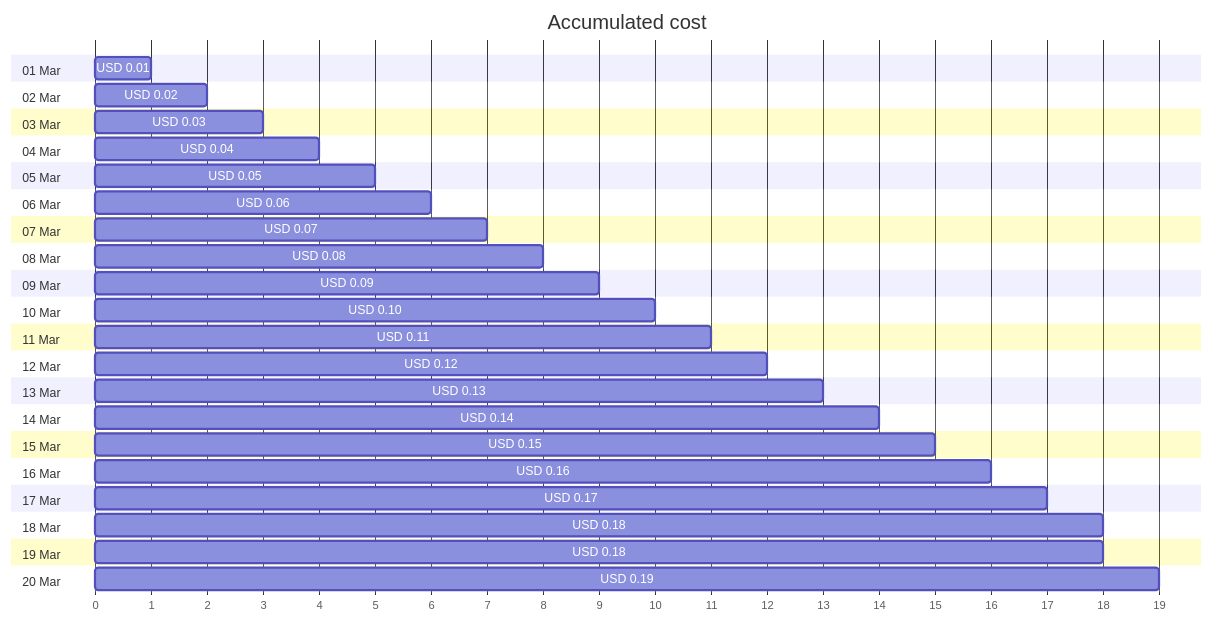
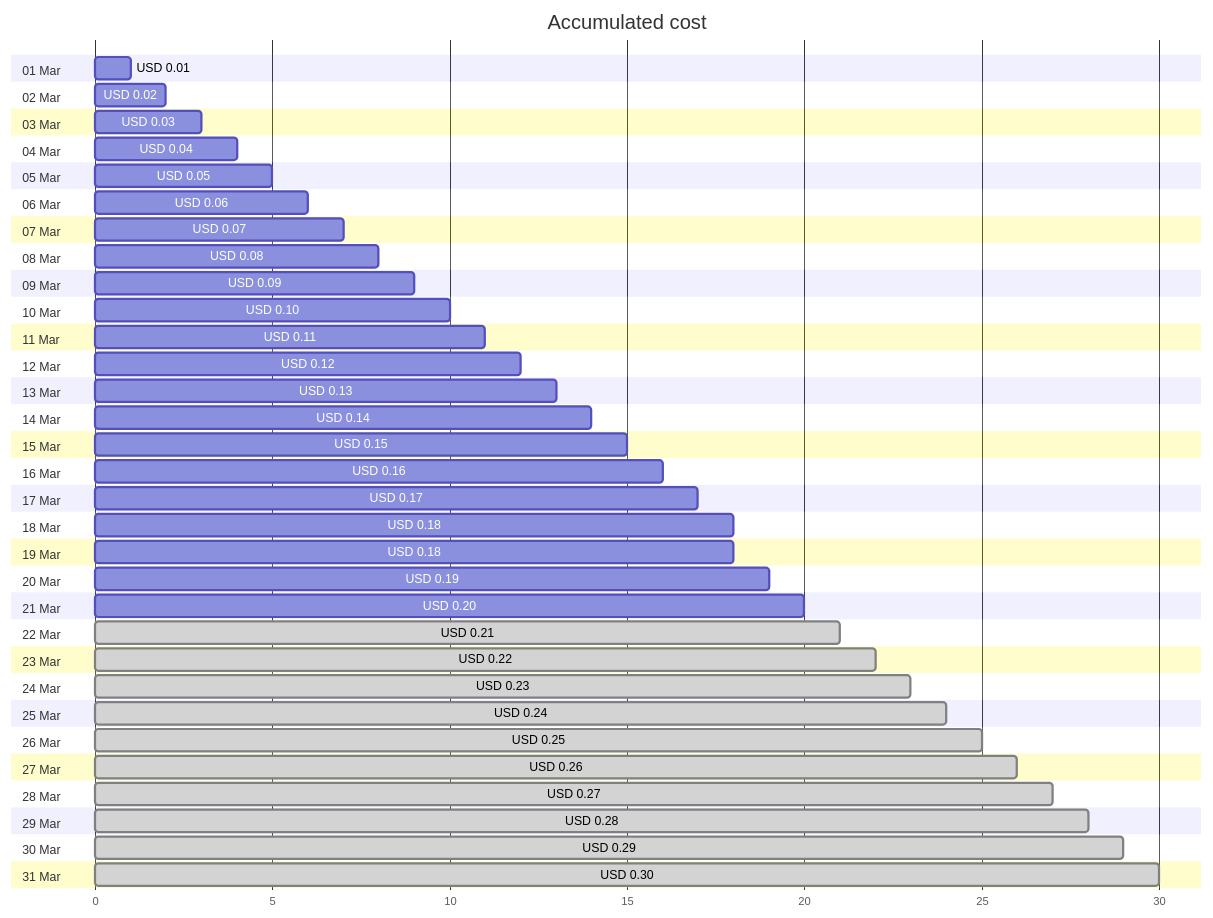
The first of 4 diagrams in cost-reports/cloud-shell-storage-eastus/README.md (jpfulton/azure-personal-reports), drawn with Mermaid before and after one commit. The commit also changed other lines of this file and 1 other file, not shown here.

Commit message:
Generated reports [skip ci]

````diff
--- a/cost-reports/cloud-shell-storage-eastus/README.md
+++ b/cost-reports/cloud-shell-storage-eastus/README.md
@@ -20,46 +20,68 @@
 ```mermaid
 gantt
    title Accumulated cost
    dateFormat  X
    axisFormat %s
    section 01 Mar
    USD 0.01 :0, 1
    section 02 Mar
    USD 0.02 :0, 2
    section 03 Mar
    USD 0.03 :0, 3
    section 04 Mar
    USD 0.04 :0, 4
    section 05 Mar
    USD 0.05 :0, 5
    section 06 Mar
    USD 0.06 :0, 6
    section 07 Mar
    USD 0.07 :0, 7
    section 08 Mar
    USD 0.08 :0, 8
    section 09 Mar
    USD 0.09 :0, 9
    section 10 Mar
    USD 0.10 :0, 10
    section 11 Mar
    USD 0.11 :0, 11
    section 12 Mar
    USD 0.12 :0, 12
    section 13 Mar
    USD 0.13 :0, 13
    section 14 Mar
    USD 0.14 :0, 14
    section 15 Mar
    USD 0.15 :0, 15
    section 16 Mar
    USD 0.16 :0, 16
    section 17 Mar
    USD 0.17 :0, 17
    section 18 Mar
    USD 0.18 :0, 18
    section 19 Mar
    USD 0.18 :0, 18
    section 20 Mar
    USD 0.19 :0, 19
+   section 21 Mar
+   USD 0.20 :0, 20
+   section 22 Mar
+   USD 0.21 : done, 0, 21
+   section 23 Mar
+   USD 0.22 : done, 0, 22
+   section 24 Mar
+   USD 0.23 : done, 0, 23
+   section 25 Mar
+   USD 0.24 : done, 0, 24
+   section 26 Mar
+   USD 0.25 : done, 0, 25
+   section 27 Mar
+   USD 0.26 : done, 0, 26
+   section 28 Mar
+   USD 0.27 : done, 0, 27
+   section 29 Mar
+   USD 0.28 : done, 0, 28
+   section 30 Mar
+   USD 0.29 : done, 0, 29
+   section 31 Mar
+   USD 0.30 : done, 0, 30
 ```
````
